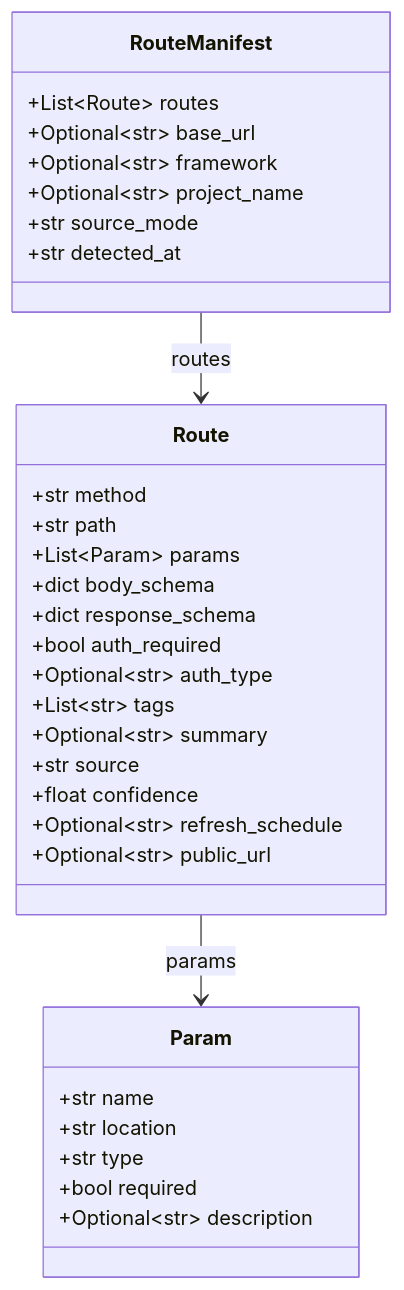
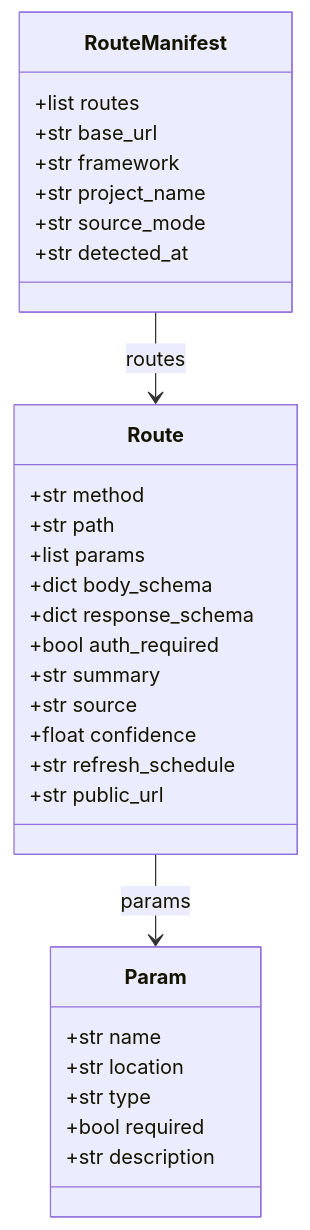
One commit to chirag127/apisnap changed the fifth of 5 diagrams in README.md. Above: the diagram before and after it, drawn with Mermaid. The commit also changed other lines of this file and 2 other files, not shown here.

````diff
--- a/README.md
+++ b/README.md
@@ -276,38 +272,36 @@
 ```mermaid
 classDiagram
     class RouteManifest {
-        +List~Route~ routes
-        +Optional~str~ base_url
-        +Optional~str~ framework
-        +Optional~str~ project_name
+        +list routes
+        +str base_url
+        +str framework
+        +str project_name
         +str source_mode
         +str detected_at
     }
 
     class Route {
         +str method
         +str path
-        +List~Param~ params
+        +list params
         +dict body_schema
         +dict response_schema
         +bool auth_required
-        +Optional~str~ auth_type
-        +List~str~ tags
-        +Optional~str~ summary
+        +str summary
         +str source
         +float confidence
-        +Optional~str~ refresh_schedule
-        +Optional~str~ public_url
+        +str refresh_schedule
+        +str public_url
     }
 
     class Param {
         +str name
         +str location
         +str type
         +bool required
-        +Optional~str~ description
+        +str description
     }
 
     RouteManifest --> Route : routes
     Route --> Param : params
 ```
````
